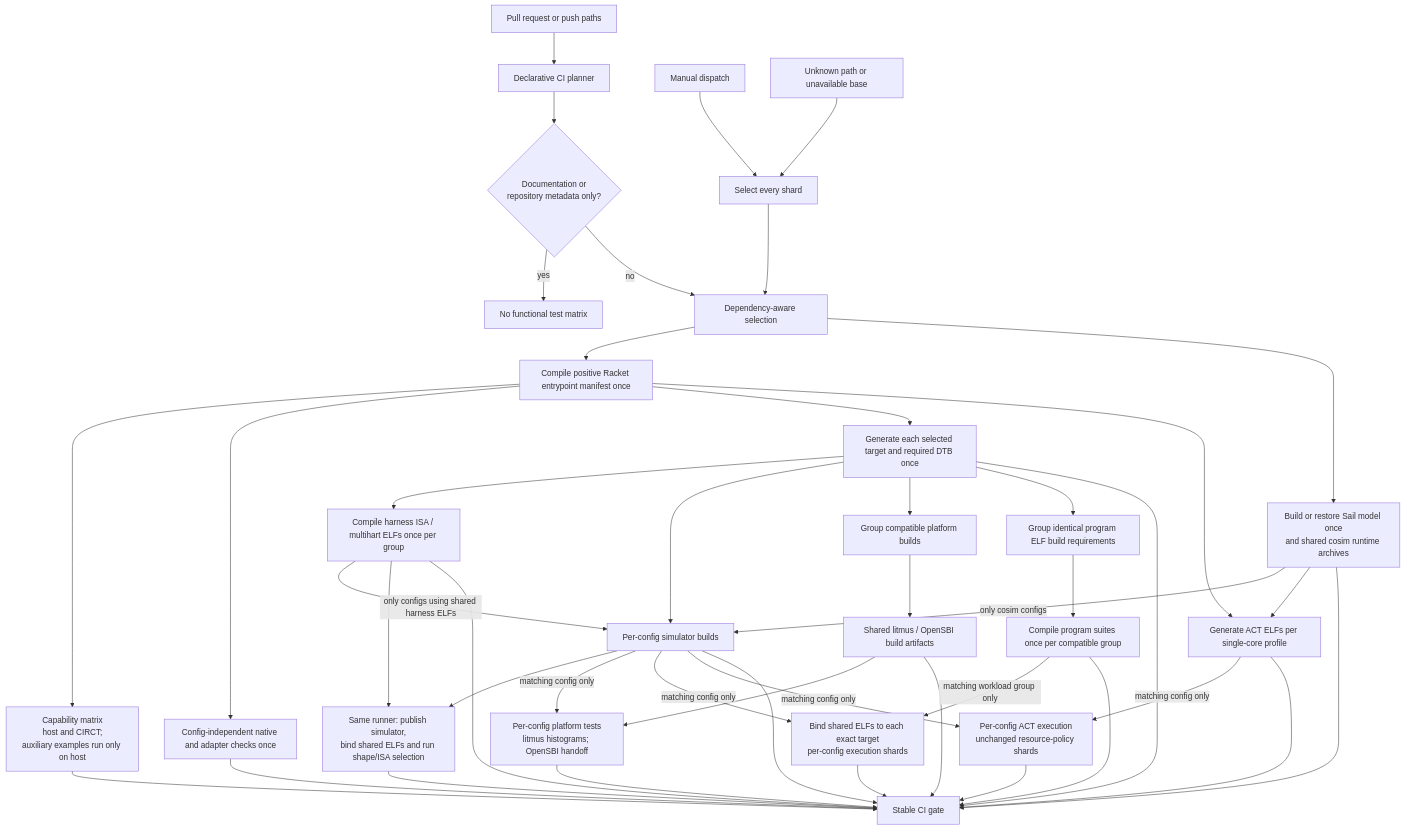
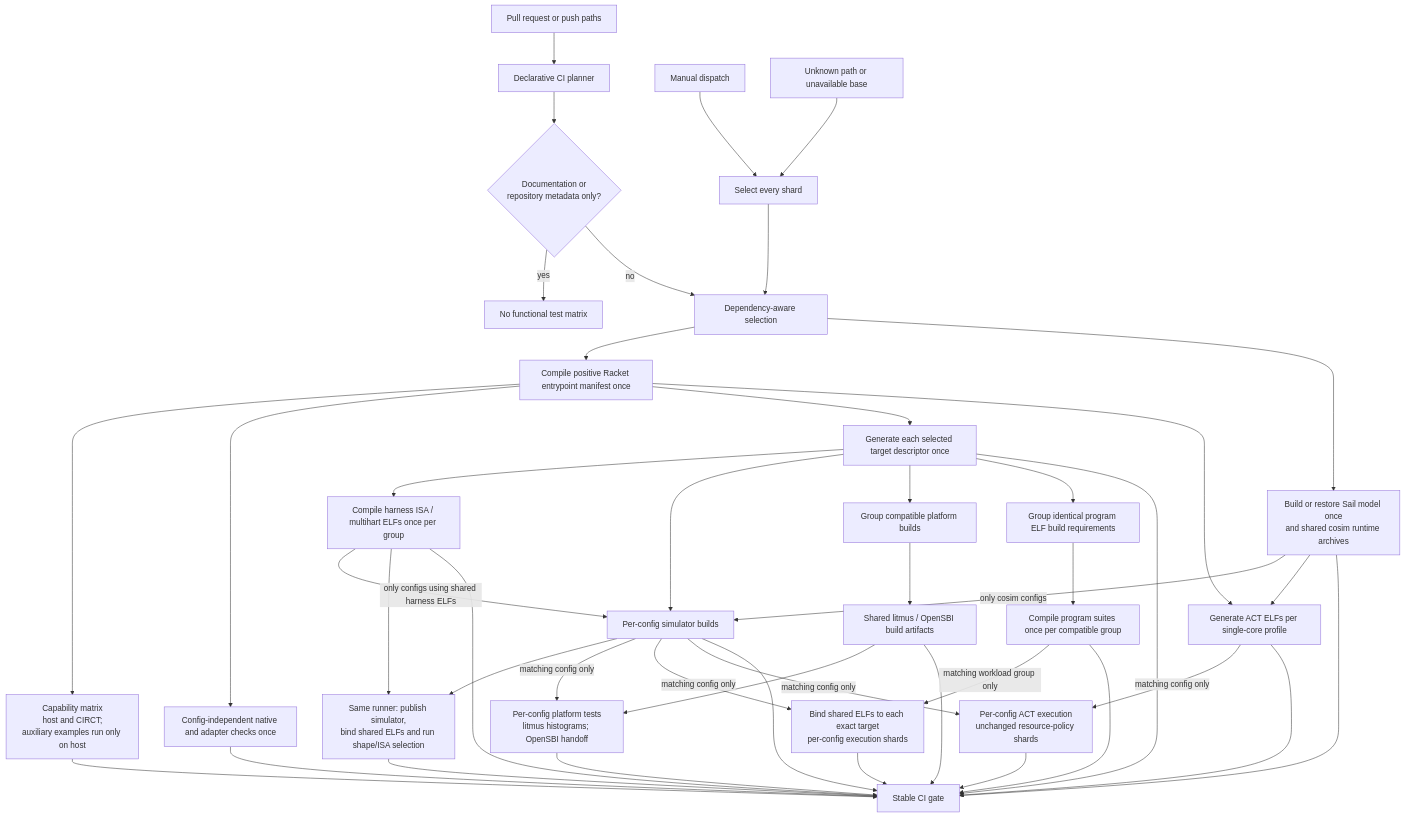
The diagram in tools/testing/DEVELOPING.md (jerryz123/rhodium), drawn with Mermaid before and after one commit. The commit also changed other lines of this file and 21 other files, not shown here.

````diff
--- a/tools/testing/DEVELOPING.md
+++ b/tools/testing/DEVELOPING.md
@@ -239,46 +239,46 @@
 ```mermaid
 flowchart TD
     Changes["Pull request or push paths"] --> Classifier["Declarative CI planner"]
     Manual["Manual dispatch"] --> All["Select every shard"]
     Unknown["Unknown path or unavailable base"] --> All
     Classifier --> Docs{"Documentation or<br/>repository metadata only?"}
     Docs -->|yes| None["No functional test matrix"]
     Docs -->|no| Selected["Dependency-aware selection"]
     All --> Selected
     Selected --> Compile["Compile positive Racket entrypoint manifest once"]
     Selected --> Sail["Build or restore Sail model once<br/>and shared cosim runtime archives"]
     Compile --> Checks["Capability matrix<br/>host and CIRCT;<br/>auxiliary examples run only on host"]
     Compile --> Native["Config-independent native and adapter checks once"]
-    Compile --> Targets["Generate each selected target and required DTB once"]
+    Compile --> Targets["Generate each selected target descriptor once"]
     Targets --> HarnessBuilds["Compile harness ISA / multihart ELFs once per group"]
     Targets --> Simulators["Per-config simulator builds"]
     HarnessBuilds -->|only configs using shared harness ELFs| Simulators
     Sail -->|only cosim configs| Simulators
     Simulators --> Simulation["Same runner: publish simulator,<br/>bind shared ELFs and run shape/ISA selection"]
     HarnessBuilds --> Simulation
     Targets --> PlatformTargets["Group compatible platform builds"]
     PlatformTargets --> PlatformBuilds["Shared litmus / OpenSBI build artifacts"]
     PlatformBuilds --> Platform["Per-config platform tests<br/>litmus histograms; OpenSBI handoff"]
     Simulators -->|matching config only| Platform
     Targets --> ProgramTargets["Group identical program ELF build requirements"]
     ProgramTargets --> ProgramBuilds["Compile program suites once per compatible group"]
     ProgramBuilds -->|matching workload group only| Programs["Bind shared ELFs to each exact target<br/>per-config execution shards"]
     Simulators -->|matching config only| Programs
     Compile --> ActBuild["Generate ACT ELFs per single-core profile"]
     Sail --> ActBuild
     Simulators -->|matching config only| ActRun["Per-config ACT execution<br/>unchanged resource-policy shards"]
     ActBuild -->|matching config only| ActRun
     Checks --> Gate["Stable CI gate"]
     Native --> Gate
     Targets --> Gate
     HarnessBuilds --> Gate
     Sail --> Gate
     Simulators --> Gate
     Simulation --> Gate
     Platform --> Gate
     PlatformBuilds --> Gate
     ProgramBuilds --> Gate
     Programs --> Gate
     ActBuild --> Gate
     ActRun --> Gate
 ```
````
